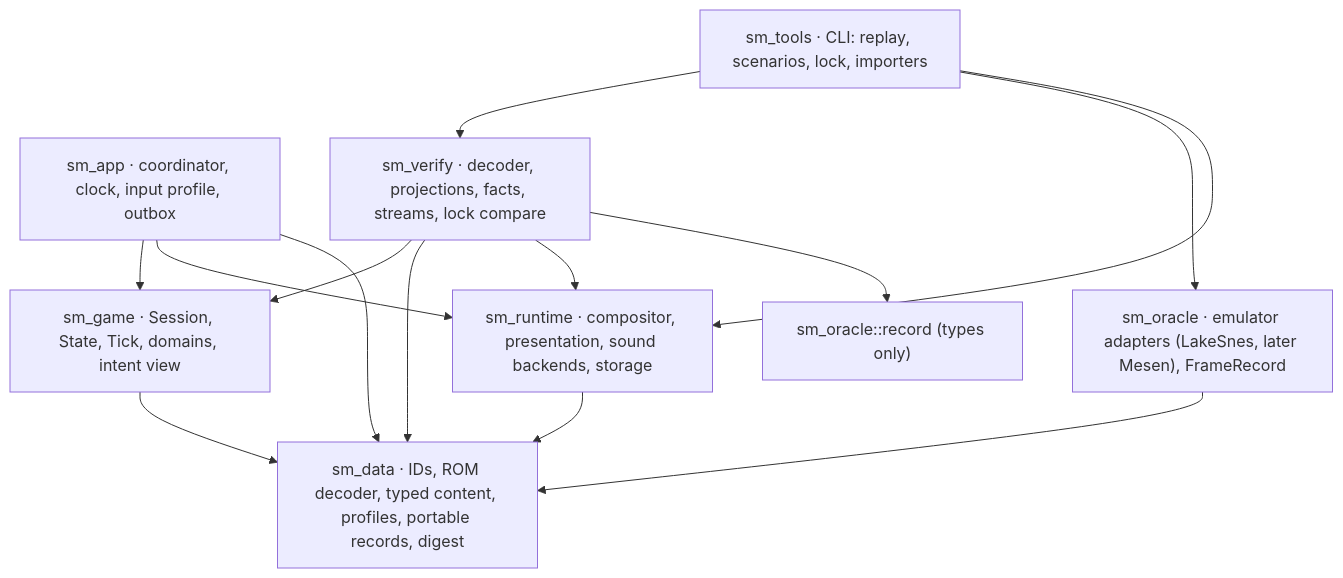
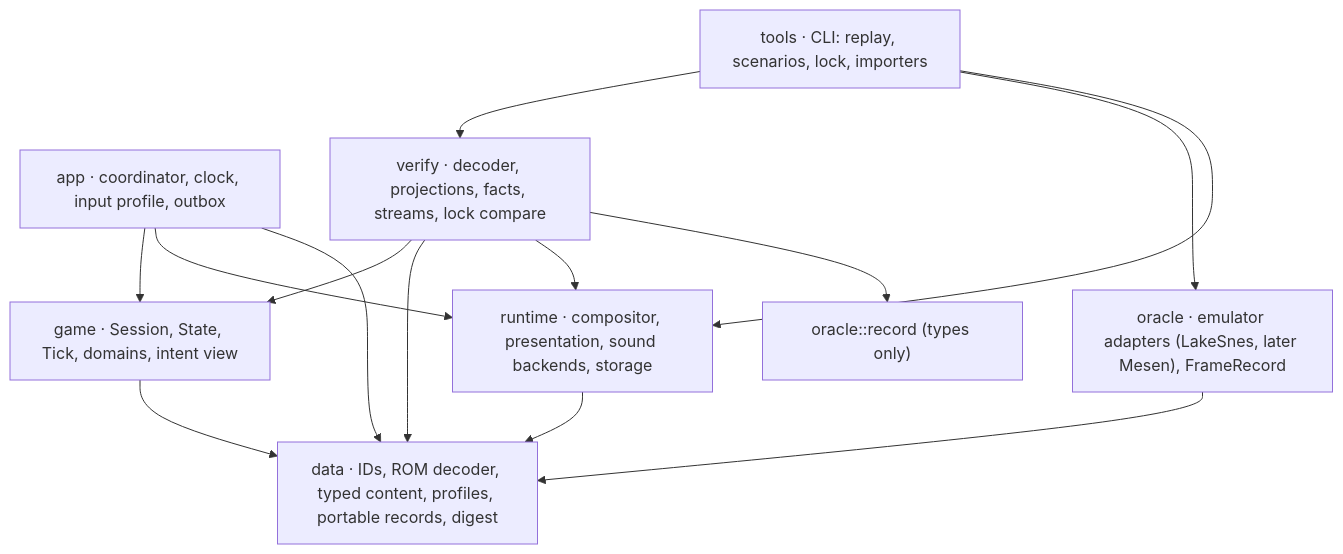
One commit to JimLundin/sm-decomp changed the diagram in docs/architecture/ARCHITECTURE.md. Above: the diagram before and after it, drawn with Mermaid. The commit also changed other lines of this file and 9 other files, not shown here.

Commit message:
Architecture: plain crate names (D1), D9 as a tested hypothesis with a bounded model, partial comparison at busy cuts, ROBUSTNESS.md, lint cost on arithmetic-heavy code

````diff
--- a/docs/architecture/ARCHITECTURE.md
+++ b/docs/architecture/ARCHITECTURE.md
@@ -132,23 +132,23 @@
 ```mermaid
 flowchart TD
-    App["sm_app · coordinator, clock, input profile, outbox"]
-    Tools["sm_tools · CLI: replay, scenarios, lock, importers"]
-    Verify["sm_verify · decoder, projections, facts, streams, lock compare"]
-    Oracle["sm_oracle · emulator adapters (LakeSnes, later Mesen), FrameRecord"]
-    Game["sm_game · Session, State, Tick, domains, intent view"]
-    Runtime["sm_runtime · compositor, presentation, sound backends, storage"]
-    Data["sm_data · IDs, ROM decoder, typed content, profiles, portable records, digest"]
+    App["app · coordinator, clock, input profile, outbox"]
+    Tools["tools · CLI: replay, scenarios, lock, importers"]
+    Verify["verify · decoder, projections, facts, streams, lock compare"]
+    Oracle["oracle · emulator adapters (LakeSnes, later Mesen), FrameRecord"]
+    Game["game · Session, State, Tick, domains, intent view"]
+    Runtime["runtime · compositor, presentation, sound backends, storage"]
+    Data["data · IDs, ROM decoder, typed content, profiles, portable records, digest"]
     App --> Game
     App --> Runtime
     App --> Data
     Tools --> Verify
     Tools --> Oracle
     Tools --> Runtime
     Verify --> Game
     Verify --> Data
     Verify --> Runtime
-    Verify --> OracleRec["sm_oracle::record (types only)"]
+    Verify --> OracleRec["oracle::record (types only)"]
     Oracle --> Data
     Game --> Data
     Runtime --> Data
 ```
````
